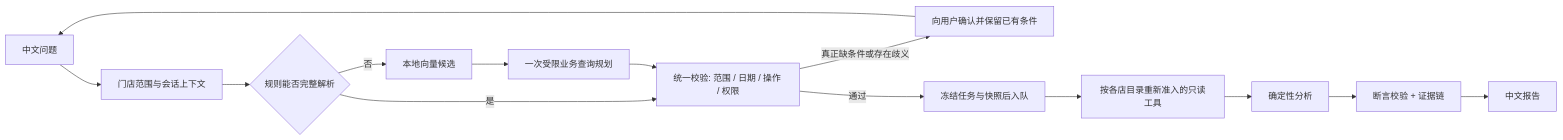
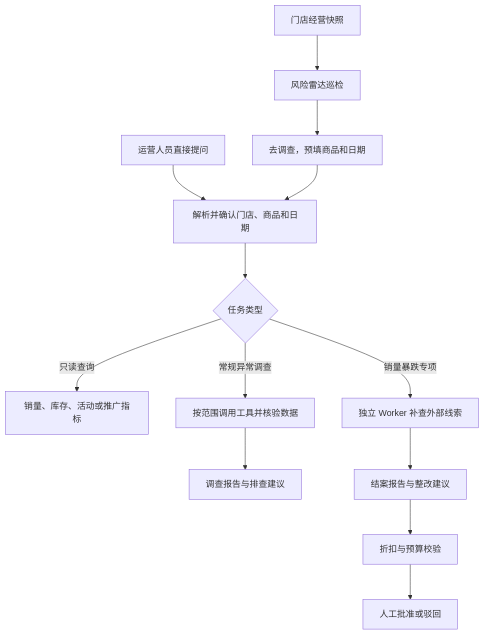
Before and after one commit to Dengzi555/huaji-flower-agent: the diagram in README.md, drawn with Mermaid. The commit also changed other lines of this file and 48 other files, not shown here.

````diff
--- a/README.md
+++ b/README.md
@@ -86,16 +9,20 @@
 ```mermaid
-flowchart LR
-    Q[中文问题] --> D[门店范围与会话上下文]
-    D --> R{规则能否完整解析}
-    R -- 是 --> V[统一校验: 范围 / 日期 / 操作 / 权限]
-    R -- 否 --> S[本地向量候选]
-    S --> M[一次受限业务查询规划]
-    M --> V
-    V -- 真正缺条件或存在歧义 --> C[向用户确认并保留已有条件]
-    C --> Q
-    V -- 通过 --> T[冻结任务与快照后入队]
-    T --> K[按各店目录重新准入的只读工具]
-    K --> A[确定性分析]
-    A --> G[断言校验 + 证据链]
-    G --> P[中文报告]
+---
+config:
+  flowchart:
+    rankSpacing: 64
+---
+flowchart TD
+    Data[门店经营快照] --> Radar[风险雷达巡检]
+    Radar --> Request[去调查，预填商品和日期]
+    Chat[运营人员直接提问] --> Scope[解析并确认门店、商品和日期]
+    Request --> Scope
+    Scope --> Mode{任务类型}
+    Mode -->|只读查询| Lookup[销量、库存、活动或推广指标]
+    Mode -->|常规异常调查| Run[按范围调用工具并核验数据]
+    Run --> Report[调查报告与排查建议]
+    Mode -->|销量暴跌专项| Worker[独立 Worker 补查外部线索]
+    Worker --> Closure[结案报告与整改建议]
+    Closure --> Policy[折扣与预算校验]
+    Policy --> Approval[人工批准或驳回]
 ```
````
